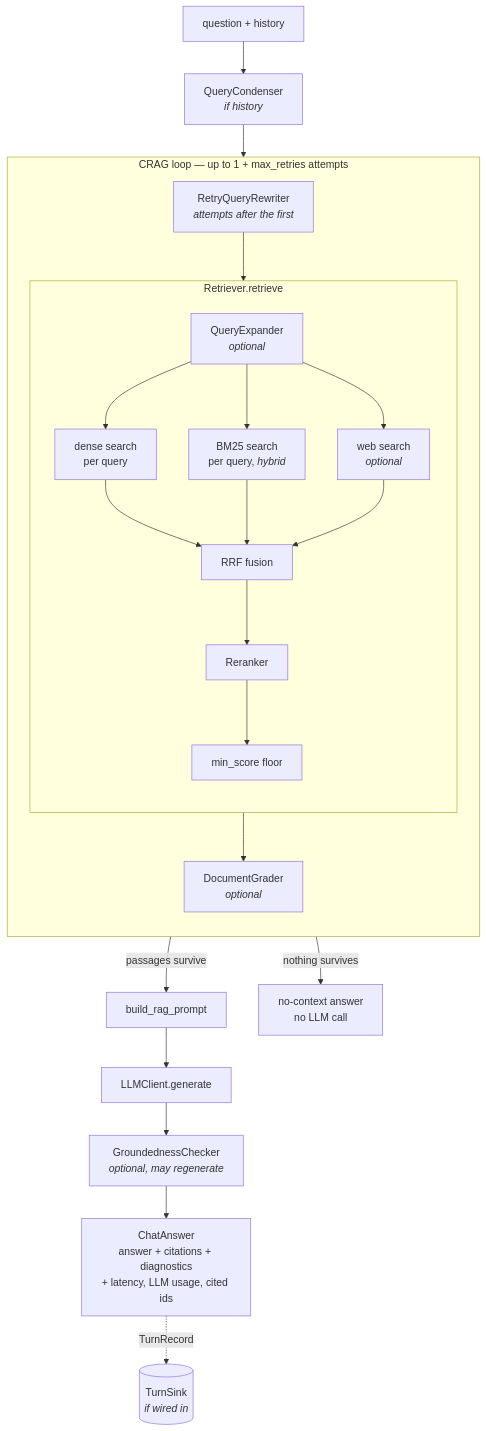
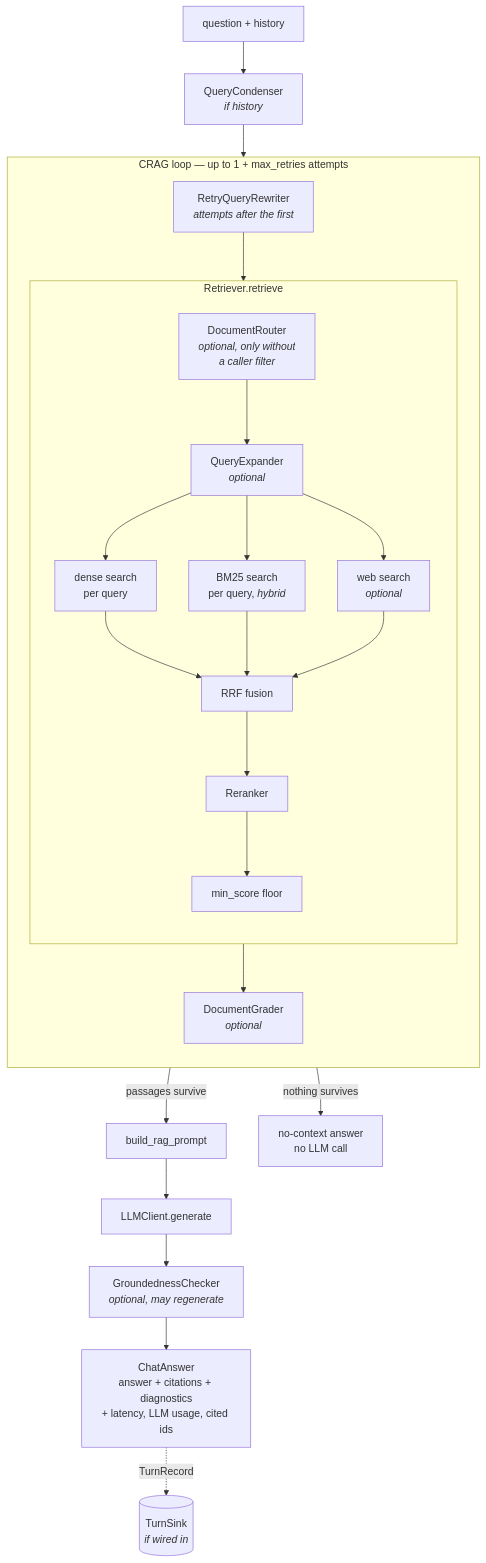
The second of 2 diagrams in docs/architecture.md (bwu1234/rag-toolkit), drawn with Mermaid before and after one commit. The commit also changed other lines of this file and 9 other files, not shown here.

````diff
--- a/docs/architecture.md
+++ b/docs/architecture.md
@@ -112,29 +112,30 @@
 ```mermaid
 flowchart TD
     Q[question + history] --> CD[QueryCondenser<br/><i>if history</i>]
     CD --> RL
 
     subgraph RL [CRAG loop — up to 1 + max_retries attempts]
         direction TB
         RW[RetryQueryRewriter<br/><i>attempts after the first</i>] --> R
         subgraph R [Retriever.retrieve]
             direction TB
+            DR[DocumentRouter<br/><i>optional, only without<br/>a caller filter</i>] --> X
             X[QueryExpander<br/><i>optional</i>] --> DS[dense search<br/>per query]
             X --> SS[BM25 search<br/>per query, <i>hybrid</i>]
             X --> WS[web search<br/><i>optional</i>]
             DS --> F[RRF fusion]
             SS --> F
             WS --> F
             F --> RR[Reranker]
             RR --> MS[min_score floor]
         end
         R --> GR[DocumentGrader<br/><i>optional</i>]
     end
 
     RL -- passages survive --> P[build_rag_prompt]
     RL -- nothing survives --> NC[no-context answer<br/>no LLM call]
     P --> G[LLMClient.generate]
     G --> GC[GroundednessChecker<br/><i>optional, may regenerate</i>]
     GC --> A[ChatAnswer<br/>answer + citations + diagnostics<br/>+ latency, LLM usage, cited ids]
     A -. TurnRecord .-> TS[(TurnSink<br/><i>if wired in</i>)]
 ```
````
